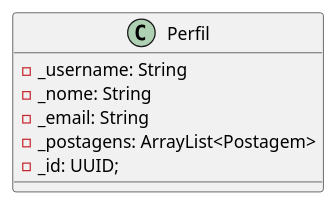
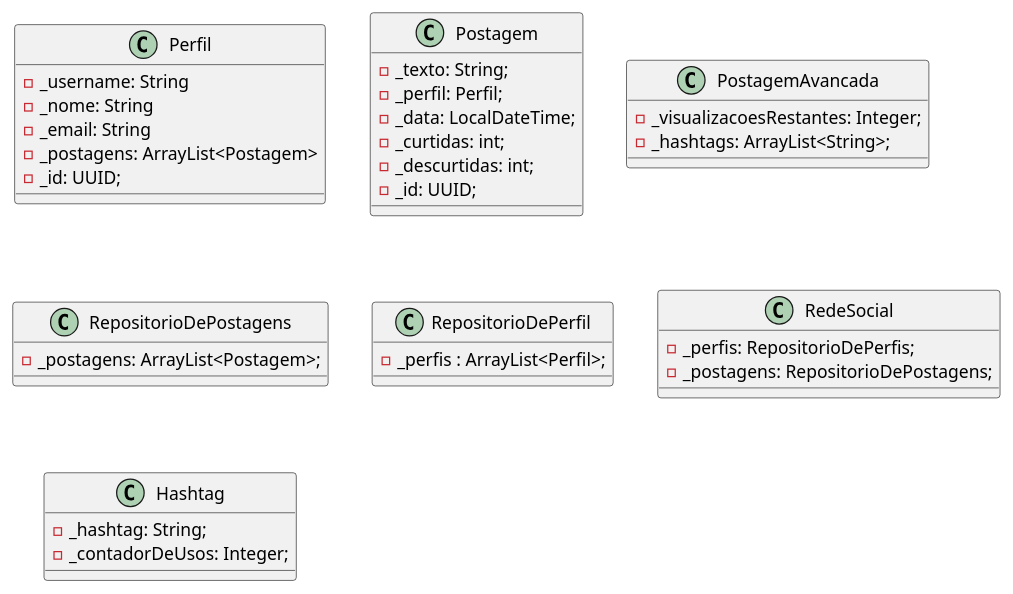
One commit to msruan/Rubi changed the diagram in modelo.plantuml. Above: the diagram before and after it, drawn with PlantUML.

```diff
--- a/modelo.plantuml
+++ b/modelo.plantuml
@@ -1,9 +1,41 @@
 @startuml Rubi
 class Perfil {
     -_username: String
     -_nome: String
     -_email: String
     -_postagens: ArrayList<Postagem>
     -_id: UUID;
 }
+
+class Postagem {
+    -_texto: String;
+    -_perfil: Perfil;   
+    -_data: LocalDateTime;
+    -_curtidas: int;
+    -_descurtidas: int;
+    -_id: UUID;
+}
+
+class PostagemAvancada {
+    -_visualizacoesRestantes: Integer;
+    -_hashtags: ArrayList<String>;
+}
+
+class RepositorioDePostagens {
+    -_postagens: ArrayList<Postagem>;
+}
+
+class RepositorioDePerfil {
+    -_perfis : ArrayList<Perfil>;
+}
+
+class RedeSocial {
+    -_perfis: RepositorioDePerfis;
+    -_postagens: RepositorioDePostagens;
+}
+
+class Hashtag {
+    -_hashtag: String;
+    -_contadorDeUsos: Integer;
+}
 @enduml
```
